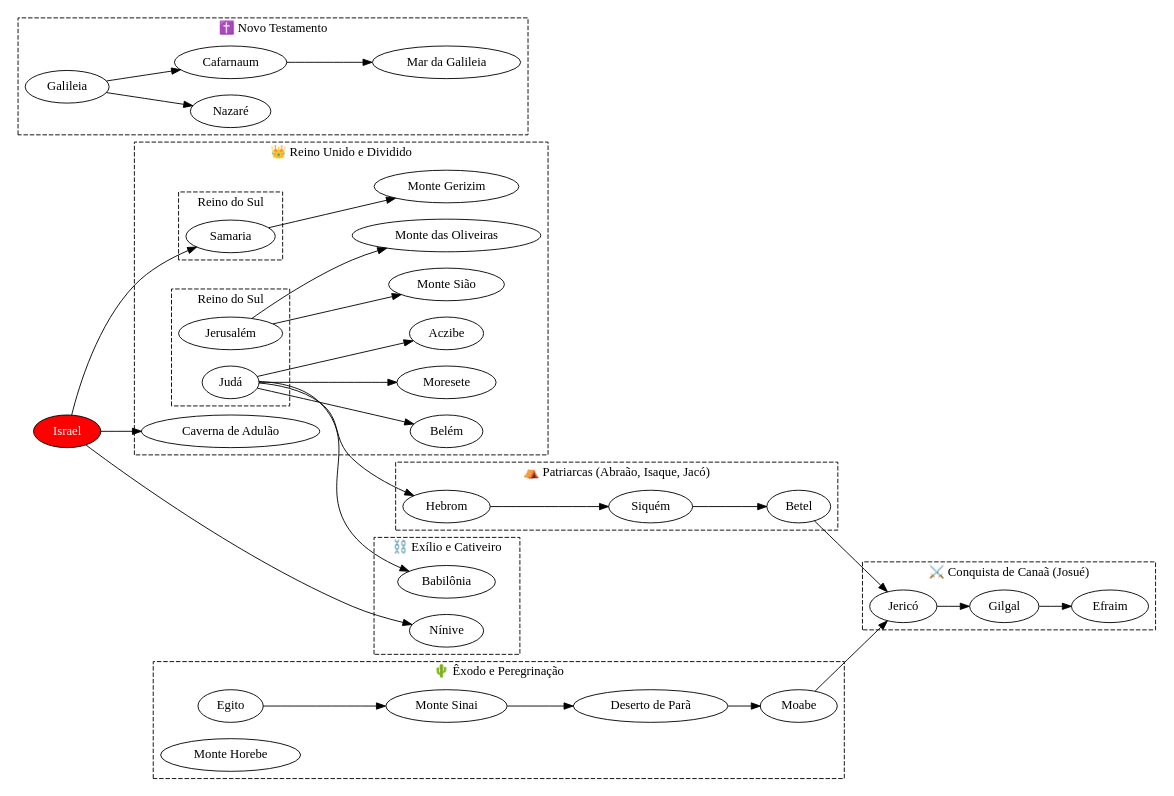
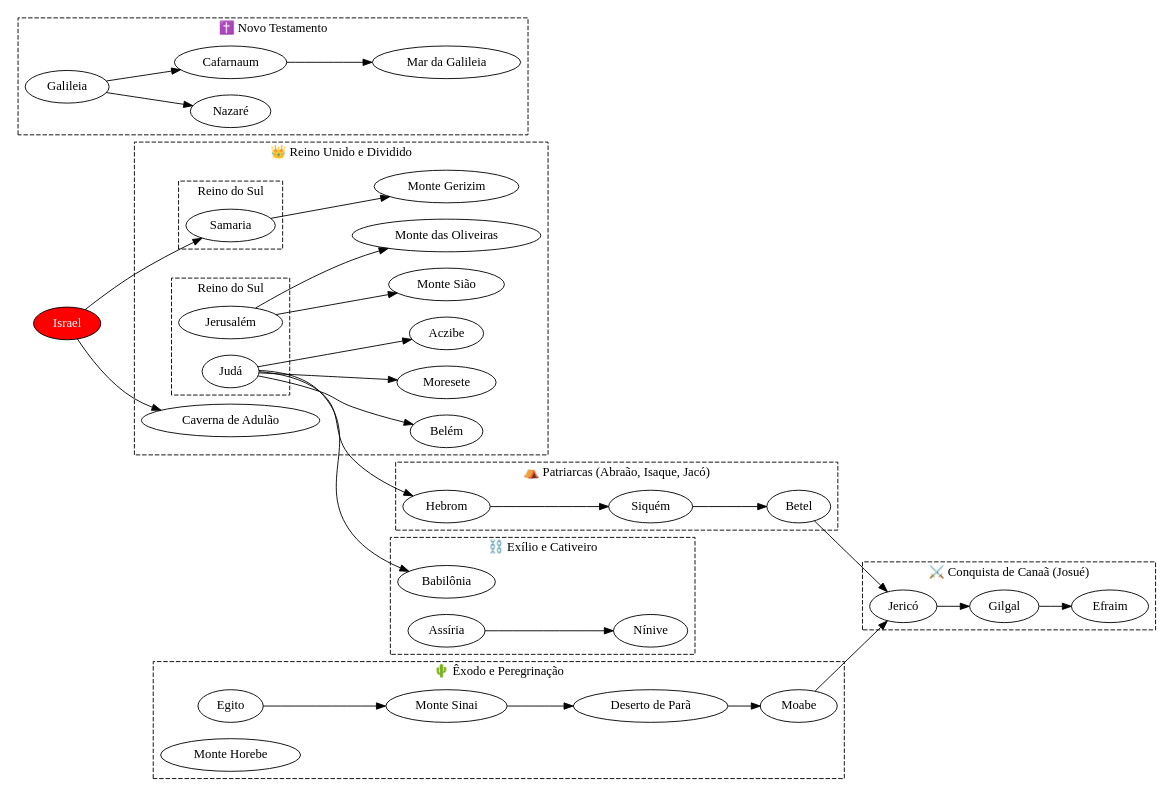
Before and after one commit to lucassdraft/logos-insights: the diagram in locais.dot, drawn with Graphviz.

```diff
--- a/locais.dot
+++ b/locais.dot
@@ -1,109 +1,109 @@
 digraph Locais {
     rankdir=LR; // Esquerda para direita como linha do tempo
 
     // Como encontrar um nó
     // Entidade  [style=filled, fillcolor=red, fontcolor=white]
     // Exemplo de como encontrar um nó
     Israel  [style=filled, fillcolor=red, fontcolor=white]
     
     // === Patriarcas ===
     subgraph cluster_patriarcas {
         label="⛺ Patriarcas (Abraão, Isaque, Jacó)";
         style=dashed;
 
         Hebrom [label="Hebrom" tooltip="Abraão habitou aqui e comprou o túmulo da família (Macpela)"];
         Siquém [label="Siquém" tooltip="Local de Jacó e alianças em Gênesis"];
         Betel [label="Betel" tooltip="Jacó teve a visão da escada (Gn 28)"];
     }
 
     // === Êxodo ===
     subgraph cluster_exodo {
         label="🌵 Êxodo e Peregrinação";
         style=dashed;
 
         Egito [label="Egito" tooltip="Local de escravidão do povo hebreu"];
         Sinai [label="Monte Sinai" tooltip="Moisés recebeu a Lei (Êx 19-20)"];
         Horebe [label="Monte Horebe" tooltip="Sarça ardente (Êx 3)"];
         Paran [label="Deserto de Parã" tooltip="Acampamento durante peregrinação (Nm 10)"];
         Moabe [label="Moabe" tooltip="De onde Moisés viu a Terra Prometida (Dt 34)"];
     }
 
     // === Conquista ===
     subgraph cluster_conquista {
         label="⚔️ Conquista de Canaã (Josué)";
         style=dashed;
 
         Jericó [label="Jericó" tooltip="Primeira cidade conquistada (Js 6)"];
         Gilgal [label="Gilgal" tooltip="Primeiro acampamento em Canaã; renovação da aliança (Js 5)"];
         Efraim [label="Efraim" tooltip="Tribo israelita no centro de Canaã"];
     }
 
     // === Reino de Israel/Judá ===
     subgraph cluster_reino {
         label="👑 Reino Unido e Dividido";
         style=dashed;
         
         "Monte Sião" [label="Monte Sião" tooltip="Símbolo da cidade santa e presença de Deus"];
         "Monte das Oliveiras" [label="Monte das Oliveiras" tooltip="Monte a leste de Jerusalém; lugar profético e do ministério de Jesus"];
         
         Gerizim [label="Monte Gerizim" tooltip="Monte da bênção em Deuteronômio, mais tarde templo samaritano"];
         
         Belém [label="Belém" tooltip="Cidade de Davi e nascimento de Jesus"];
         Adulão [label="Caverna de Adulão" tooltip="Refúgio de Davi contra Saul"];
         Moresete [label="Moresete" tooltip="Cidade natal do profeta Miqueias"];
         Aczibe [label="Aczibe" tooltip="Cidade mencionada em Miqueias 1:14"];
         subgraph cluster_reino_norte {
             label="Reino do Sul";
             style=dashed;
     
             Samaria [label="Samaria" tooltip="Capital do Reino do Norte"];
         }
         
         subgraph cluster_reino_sul {
             label="Reino do Sul";
             style=dashed;
     
             Judá [label="Judá" tooltip="Reino do Sul, com Jerusalém como capital"];
             Jerusalém [label="Jerusalém" tooltip="Capital de Davi e Salomão; templo construído aqui"];
         }
     }
 
     // === Exílio ===
     subgraph cluster_exilio {
         label="⛓️ Exílio e Cativeiro";
         style=dashed;
 
         Babilonia [label="Babilônia" tooltip="Destruiu Jerusalém em 586 a.C. e levou Judá ao exílio"];
+        Assíria -> Ninive
         Ninive [label="Nínive" tooltip="Capital da Assíria; local da pregação de Jonas"];
     }
 
     // === Novo Testamento ===
     subgraph cluster_nt {
         label="✝️ Novo Testamento";
         style=dashed;
 
         Galileia [label="Galileia" tooltip="Região norte de Israel; base do ministério de Jesus"];
         Nazaré [label="Nazaré" tooltip="Cidade da infância de Jesus"];
         Cafarnaum [label="Cafarnaum" tooltip="Base do ministério de Jesus junto ao mar da Galileia"];
         MarDaGalileia [label="Mar da Galileia" tooltip="Jesus acalmou a tempestade e andou sobre as águas aqui"];
     }
 
     // === Conexões temporais ===
     Egito -> Sinai -> Paran -> Moabe -> Jericó -> Gilgal -> Efraim;
     Hebrom -> Siquém -> Betel -> Jericó;
     Jerusalém -> "Monte Sião";
     Jerusalém -> "Monte das Oliveiras";
     Judá -> Belém;
     Judá -> Hebrom;
     Judá -> Moresete;
     Judá -> Aczibe;
     Samaria -> Gerizim;
     Israel -> Adulão;
     Galileia -> Nazaré;
     Galileia -> Cafarnaum;
     Cafarnaum -> MarDaGalileia;
     Judá -> Babilonia;
-    Israel -> Ninive;
     
     Israel -> Samaria;
 }
```
